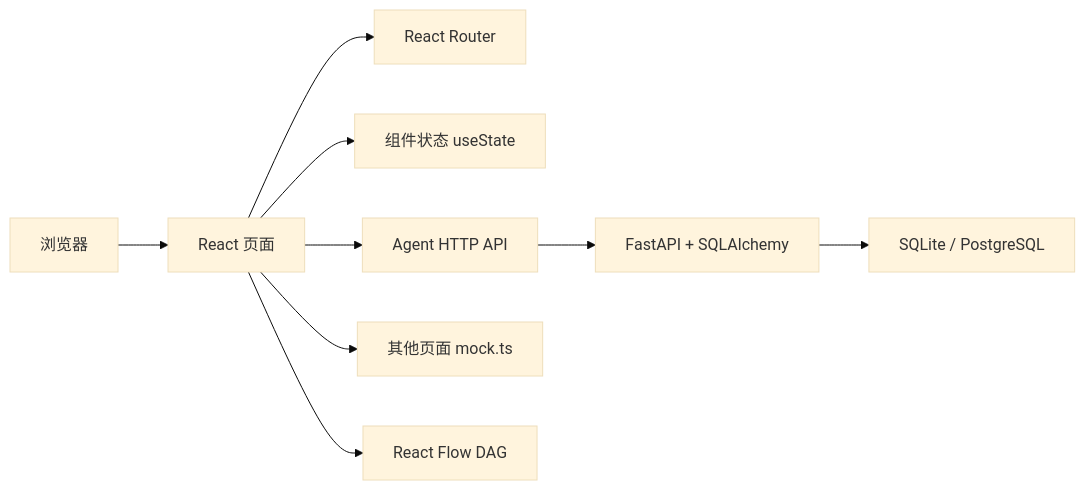
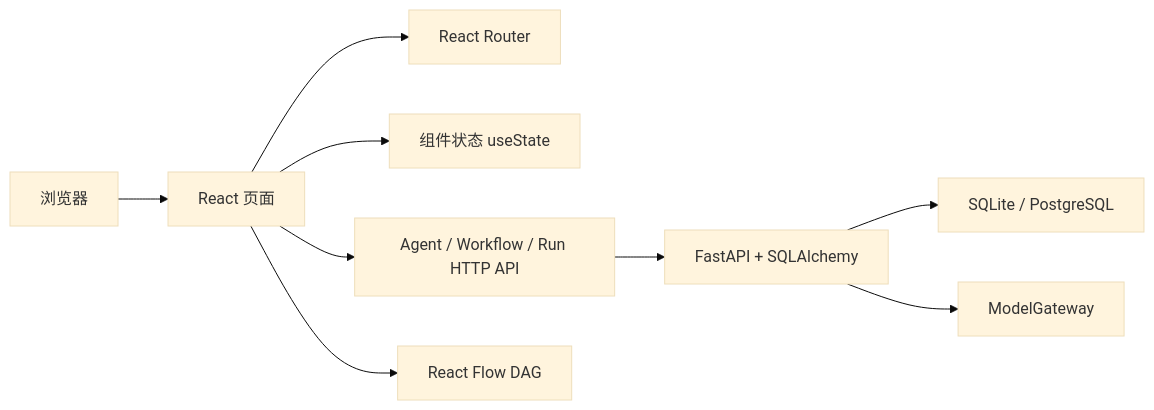
The diagram in docs/CURRENT_IMPLEMENTATION.md (petr1chorL/arc), drawn with Mermaid (base theme) before and after one commit. The commit also changed other lines of this file and 28 other files, not shown here.

````diff
--- a/docs/CURRENT_IMPLEMENTATION.md
+++ b/docs/CURRENT_IMPLEMENTATION.md
@@ -12,11 +18,11 @@
 ```mermaid
 flowchart LR
     A["浏览器"] --> B["React 页面"]
     B --> C["React Router"]
     B --> D["组件状态 useState"]
-    B --> E["Agent HTTP API"]
+    B --> E["Agent / Workflow / Run HTTP API"]
     E --> G["FastAPI + SQLAlchemy"]
     G --> H["SQLite / PostgreSQL"]
-    B --> I["其他页面 mock.ts"]
+    G --> I["ModelGateway"]
     B --> F["React Flow DAG"]
 ```
````
